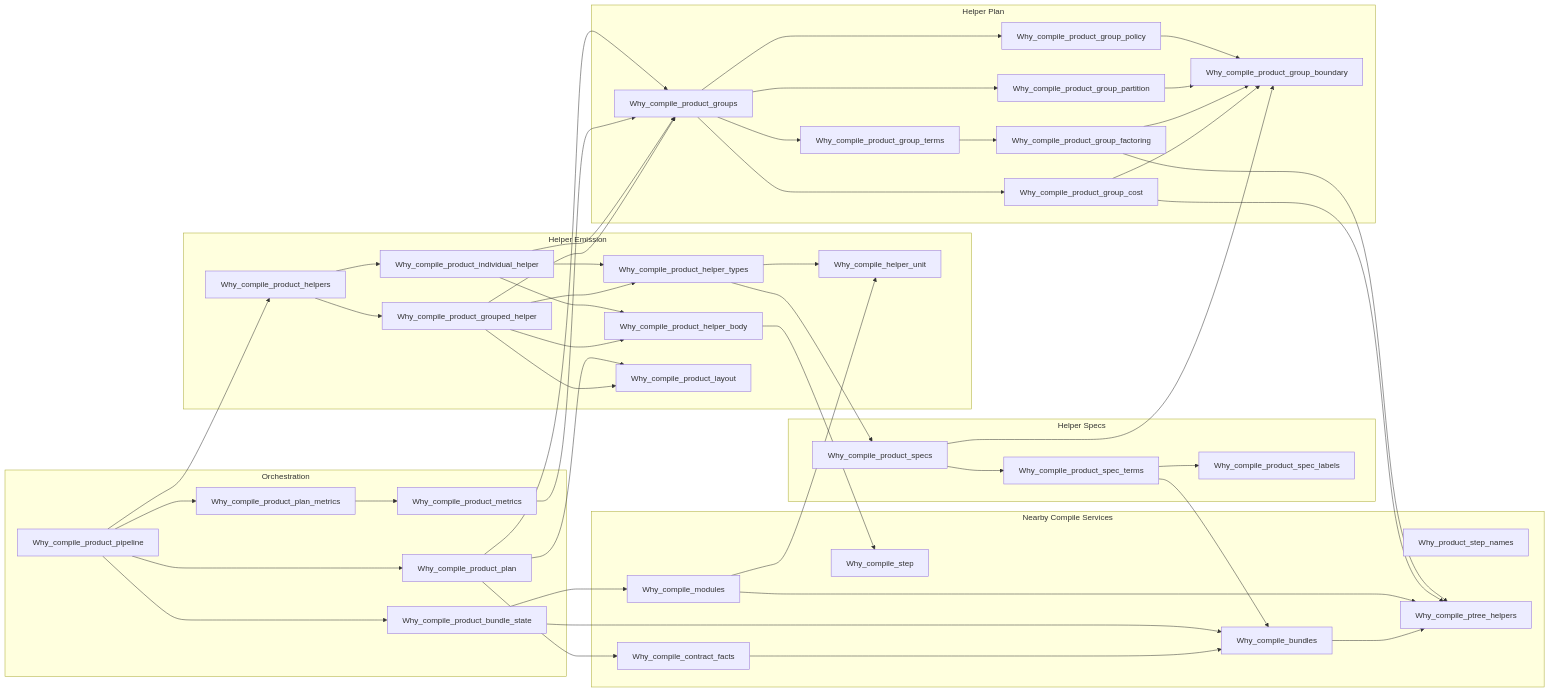
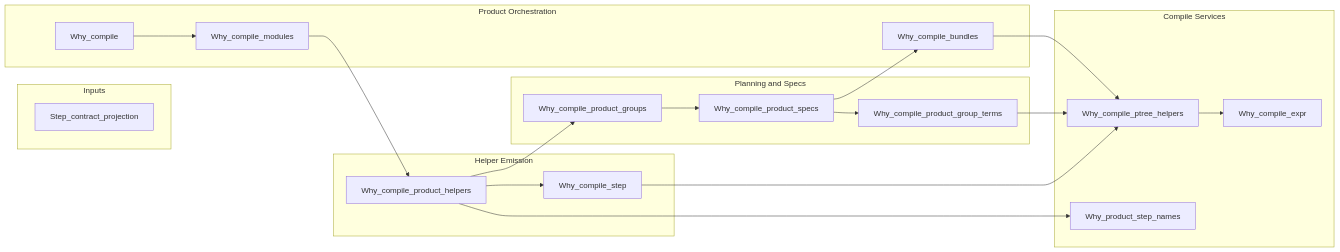
Before and after one commit to DabrowskiFr/Kairos: the diagram in docs/architecture/observed/why3-product-backend.mmd, drawn with Mermaid. The commit also changed 15 other files, not shown here.

Commit message:
Document simplified verification architecture

```diff
--- a/docs/architecture/observed/why3-product-backend.mmd
+++ b/docs/architecture/observed/why3-product-backend.mmd
@@ -1,83 +1,37 @@
 flowchart LR
   %% Observed dependencies from odep. Arrow means "depends on".
-  subgraph Orchestration["Orchestration"]
-    Why_compile_product_pipeline["Why_compile_product_pipeline"]
-    Why_compile_product_bundle_state["Why_compile_product_bundle_state"]
-    Why_compile_product_plan["Why_compile_product_plan"]
-    Why_compile_product_plan_metrics["Why_compile_product_plan_metrics"]
-    Why_compile_product_metrics["Why_compile_product_metrics"]
+  subgraph Inputs["Inputs"]
+    Step_contract_projection["Step_contract_projection"]
   end
-  subgraph Helper_Plan["Helper Plan"]
+  subgraph Product_Orchestration["Product Orchestration"]
+    Why_compile["Why_compile"]
+    Why_compile_bundles["Why_compile_bundles"]
+    Why_compile_modules["Why_compile_modules"]
+  end
+  subgraph Planning_and_Specs["Planning and Specs"]
     Why_compile_product_groups["Why_compile_product_groups"]
-    Why_compile_product_group_partition["Why_compile_product_group_partition"]
-    Why_compile_product_group_policy["Why_compile_product_group_policy"]
     Why_compile_product_group_terms["Why_compile_product_group_terms"]
-    Why_compile_product_group_factoring["Why_compile_product_group_factoring"]
-    Why_compile_product_group_cost["Why_compile_product_group_cost"]
-    Why_compile_product_group_boundary["Why_compile_product_group_boundary"]
-  end
-  subgraph Helper_Specs["Helper Specs"]
     Why_compile_product_specs["Why_compile_product_specs"]
-    Why_compile_product_spec_terms["Why_compile_product_spec_terms"]
-    Why_compile_product_spec_labels["Why_compile_product_spec_labels"]
   end
   subgraph Helper_Emission["Helper Emission"]
     Why_compile_product_helpers["Why_compile_product_helpers"]
-    Why_compile_product_individual_helper["Why_compile_product_individual_helper"]
-    Why_compile_product_grouped_helper["Why_compile_product_grouped_helper"]
-    Why_compile_helper_unit["Why_compile_helper_unit"]
-    Why_compile_product_helper_types["Why_compile_product_helper_types"]
-    Why_compile_product_helper_body["Why_compile_product_helper_body"]
-    Why_compile_product_layout["Why_compile_product_layout"]
+    Why_compile_step["Why_compile_step"]
   end
-  subgraph Nearby_Compile_Services["Nearby Compile Services"]
+  subgraph Compile_Services["Compile Services"]
+    Why_compile_ptree_helpers["Why_compile_ptree_helpers"]
+    Why_compile_expr["Why_compile_expr"]
     Why_product_step_names["Why_product_step_names"]
-    Why_compile_contract_facts["Why_compile_contract_facts"]
-    Why_compile_step["Why_compile_step"]
-    Why_compile_bundles["Why_compile_bundles"]
-    Why_compile_modules["Why_compile_modules"]
-    Why_compile_ptree_helpers["Why_compile_ptree_helpers"]
   end
 
+  Why_compile --> Why_compile_modules
   Why_compile_bundles --> Why_compile_ptree_helpers
-  Why_compile_contract_facts --> Why_compile_bundles
-  Why_compile_modules --> Why_compile_helper_unit
-  Why_compile_modules --> Why_compile_ptree_helpers
-  Why_compile_product_bundle_state --> Why_compile_bundles
-  Why_compile_product_bundle_state --> Why_compile_modules
-  Why_compile_product_group_cost --> Why_compile_product_group_boundary
-  Why_compile_product_group_cost --> Why_compile_ptree_helpers
-  Why_compile_product_group_factoring --> Why_compile_product_group_boundary
-  Why_compile_product_group_factoring --> Why_compile_ptree_helpers
-  Why_compile_product_group_partition --> Why_compile_product_group_boundary
-  Why_compile_product_group_policy --> Why_compile_product_group_boundary
-  Why_compile_product_group_terms --> Why_compile_product_group_factoring
-  Why_compile_product_grouped_helper --> Why_compile_product_groups
-  Why_compile_product_grouped_helper --> Why_compile_product_helper_body
-  Why_compile_product_grouped_helper --> Why_compile_product_helper_types
-  Why_compile_product_grouped_helper --> Why_compile_product_layout
-  Why_compile_product_groups --> Why_compile_product_group_cost
-  Why_compile_product_groups --> Why_compile_product_group_partition
-  Why_compile_product_groups --> Why_compile_product_group_policy
-  Why_compile_product_groups --> Why_compile_product_group_terms
-  Why_compile_product_helper_body --> Why_compile_step
-  Why_compile_product_helper_types --> Why_compile_helper_unit
-  Why_compile_product_helper_types --> Why_compile_product_specs
-  Why_compile_product_helpers --> Why_compile_product_grouped_helper
-  Why_compile_product_helpers --> Why_compile_product_individual_helper
-  Why_compile_product_individual_helper --> Why_compile_product_groups
-  Why_compile_product_individual_helper --> Why_compile_product_helper_body
-  Why_compile_product_individual_helper --> Why_compile_product_helper_types
-  Why_compile_product_metrics --> Why_compile_product_groups
-  Why_compile_product_pipeline --> Why_compile_product_bundle_state
-  Why_compile_product_pipeline --> Why_compile_product_helpers
-  Why_compile_product_pipeline --> Why_compile_product_plan
-  Why_compile_product_pipeline --> Why_compile_product_plan_metrics
-  Why_compile_product_plan --> Why_compile_contract_facts
-  Why_compile_product_plan --> Why_compile_product_groups
-  Why_compile_product_plan --> Why_compile_product_layout
-  Why_compile_product_plan_metrics --> Why_compile_product_metrics
-  Why_compile_product_spec_terms --> Why_compile_bundles
-  Why_compile_product_spec_terms --> Why_compile_product_spec_labels
-  Why_compile_product_specs --> Why_compile_product_group_boundary
-  Why_compile_product_specs --> Why_compile_product_spec_terms
+  Why_compile_modules --> Why_compile_product_helpers
+  Why_compile_product_group_terms --> Why_compile_ptree_helpers
+  Why_compile_product_groups --> Why_compile_product_specs
+  Why_compile_product_helpers --> Why_compile_product_groups
+  Why_compile_product_helpers --> Why_compile_step
+  Why_compile_product_helpers --> Why_product_step_names
+  Why_compile_product_specs --> Why_compile_bundles
+  Why_compile_product_specs --> Why_compile_product_group_terms
+  Why_compile_ptree_helpers --> Why_compile_expr
+  Why_compile_step --> Why_compile_ptree_helpers
```
